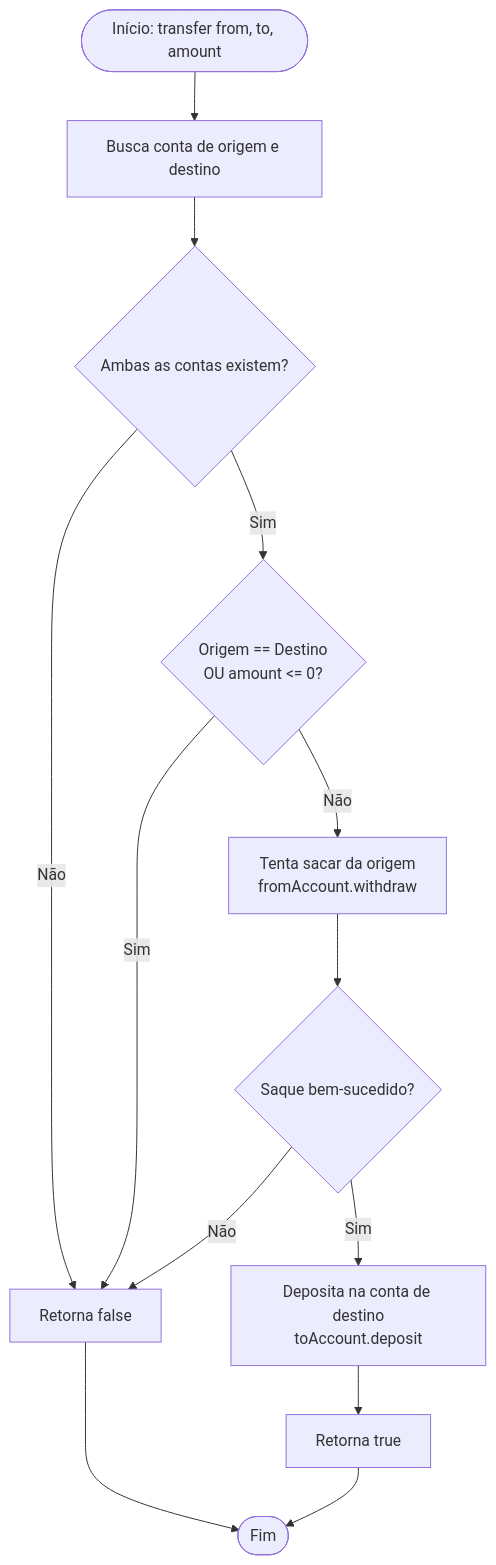
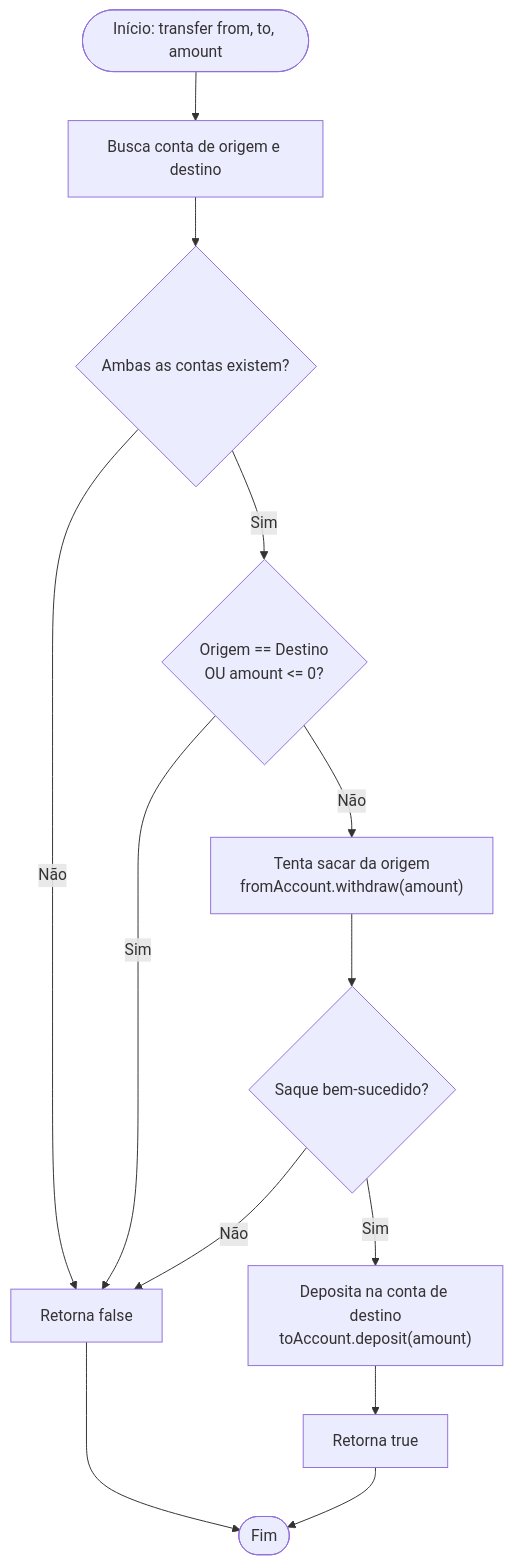
Before and after one commit to guiassys/nubank-training: the fifth of 15 diagrams in doc/architecture/mermaid.md, drawn with Mermaid. The commit also changed other lines of this file, not shown here.

````diff
--- a/doc/architecture/mermaid.md
+++ b/doc/architecture/mermaid.md
@@ -108,21 +108,21 @@
 ```mermaid
 flowchart TD
     Start([Início: transfer from, to, amount]) --> GetAccounts[Busca conta de origem e destino]
     
     GetAccounts --> CheckAccounts{Ambas as contas existem?}
     CheckAccounts -- Não --> ReturnFalse[Retorna false]
     
     CheckAccounts -- Sim --> ValidateInput{Origem == Destino\nOU amount <= 0?}
     ValidateInput -- Sim --> ReturnFalse
     
-    ValidateInput -- Não --> Withdraw[Tenta sacar da origem\nfromAccount.withdraw]
+    ValidateInput -- Não --> Withdraw["Tenta sacar da origem\nfromAccount.withdraw(amount)"]
     
     Withdraw --> CheckWithdraw{Saque bem-sucedido?}
     CheckWithdraw -- Não --> ReturnFalse
     
-    CheckWithdraw -- Sim --> Deposit[Deposita na conta de destino\ntoAccount.deposit]
+    CheckWithdraw -- Sim --> Deposit["Deposita na conta de destino\ntoAccount.deposit(amount)"]
     Deposit --> ReturnTrue[Retorna true]
 
     ReturnFalse --> End([Fim])
     ReturnTrue --> End
 ```
````
